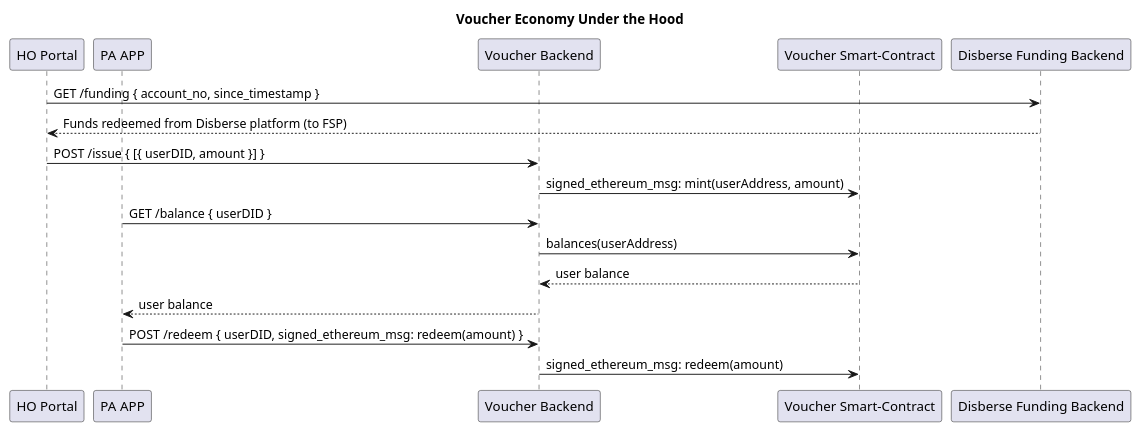
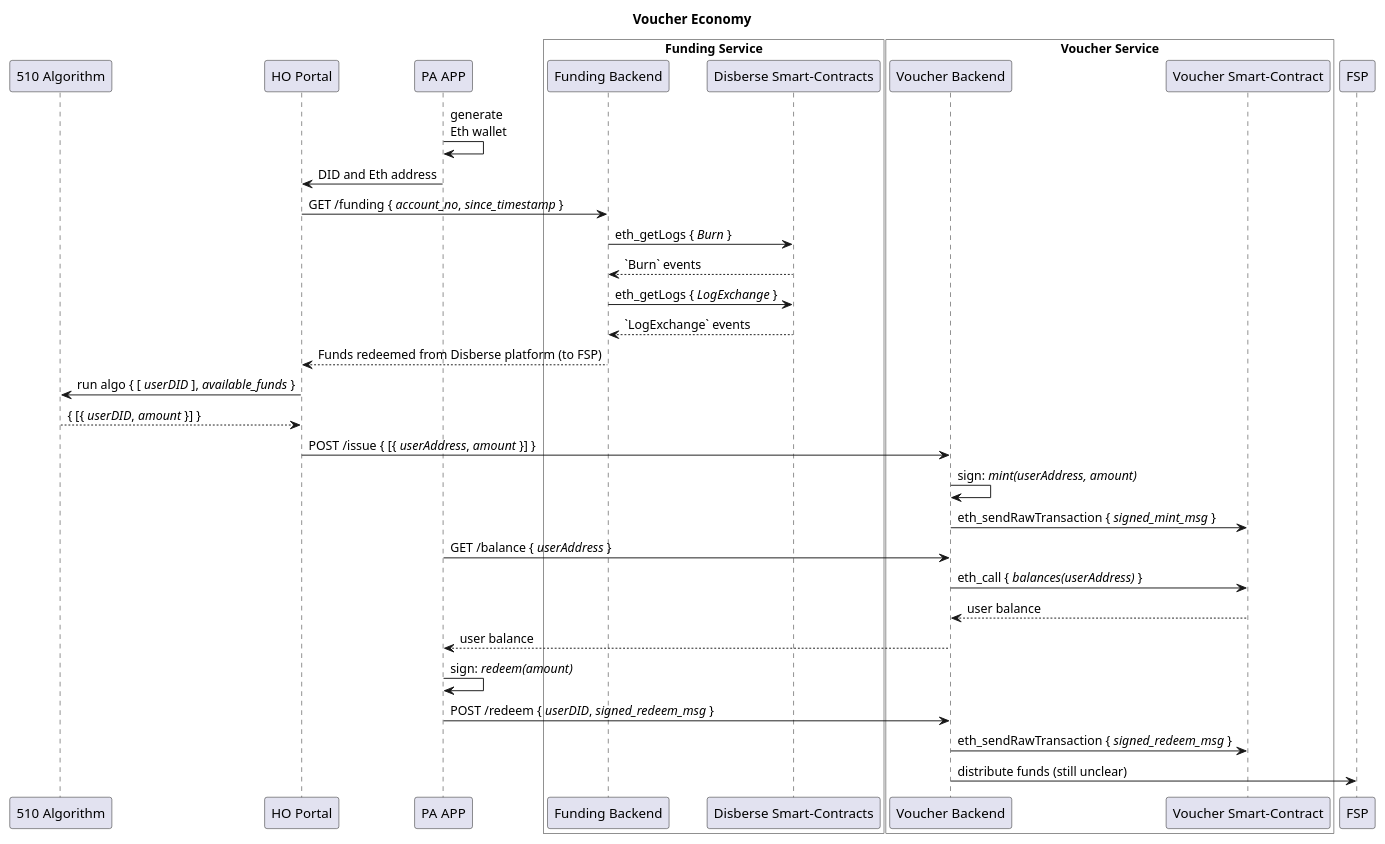
One commit to nsward/diagrams changed the diagram in Sequence Diagrams/Voucher Economy/voucher-economy.puml. Above: the diagram before and after it, drawn with PlantUML. The commit also changed 2 other files, not shown here.

Commit message:
Add participants and detail to sequence diagram

```diff
--- a/Sequence Diagrams/Voucher Economy/voucher-economy.puml
+++ b/Sequence Diagrams/Voucher Economy/voucher-economy.puml
@@ -1,22 +1,48 @@
 @startuml
 
-title Voucher Economy Under the Hood
+title Voucher Economy
 
+participant "510 Algorithm" as ALG
 participant "HO Portal" as HOP
 participant "PA APP" as PAP
-participant "Voucher Backend" as VBE
-participant "Voucher Smart-Contract" as VSC
-participant "Disberse Funding Backend" as DBE
 
-HOP -> DBE: GET /funding { account_no, since_timestamp }
-DBE --> HOP: Funds redeemed from Disberse platform (to FSP)
-HOP -> VBE: POST /issue { [{ userDID, amount }] }
-VBE -> VSC: signed_ethereum_msg: mint(userAddress, amount)
-PAP -> VBE: GET /balance { userDID }
-VBE -> VSC: balances(userAddress)
+box "Funding Service" #white
+    participant "Funding Backend" as FBE
+    participant "Disberse Smart-Contracts" as DSC
+end box
+
+box "Voucher Service" #white
+    participant "Voucher Backend" as VBE
+    participant "Voucher Smart-Contract" as VSC
+end box
+participant "FSP" as FSP
+
+PAP -> PAP: generate\nEth wallet
+PAP -> HOP: DID and Eth address
+
+HOP -> FBE: GET /funding { //account_no//, //since_timestamp// }
+FBE -> DSC: eth_getLogs { //Burn// }
+DSC --> FBE: `Burn` events
+FBE -> DSC: eth_getLogs { //LogExchange// }
+DSC --> FBE: `LogExchange` events
+FBE --> HOP: Funds redeemed from Disberse platform (to FSP)
+
+HOP -> ALG: run algo { [ //userDID// ], //available_funds// }
+ALG --> HOP: { [{ //userDID//, //amount// }] }
+
+HOP -> VBE: POST /issue { [{ //userAddress//, //amount// }] }
+VBE -> VBE: sign: //mint(userAddress, amount)//
+VBE -> VSC: eth_sendRawTransaction { //signed_mint_msg// }
+
+PAP -> VBE: GET /balance { //userAddress// }
+VBE -> VSC: eth_call { //balances(userAddress)// }
 VSC --> VBE: user balance
 VBE --> PAP: user balance
-PAP -> VBE: POST /redeem { userDID, signed_ethereum_msg: redeem(amount) }
-VBE -> VSC: signed_ethereum_msg: redeem(amount)
+
+PAP -> PAP: sign: //redeem(amount)//
+PAP -> VBE: POST /redeem { //userDID//, //signed_redeem_msg// }
+VBE -> VSC: eth_sendRawTransaction { //signed_redeem_msg// }
+
+VBE -> FSP: distribute funds (still unclear)
 
 @enduml
```
